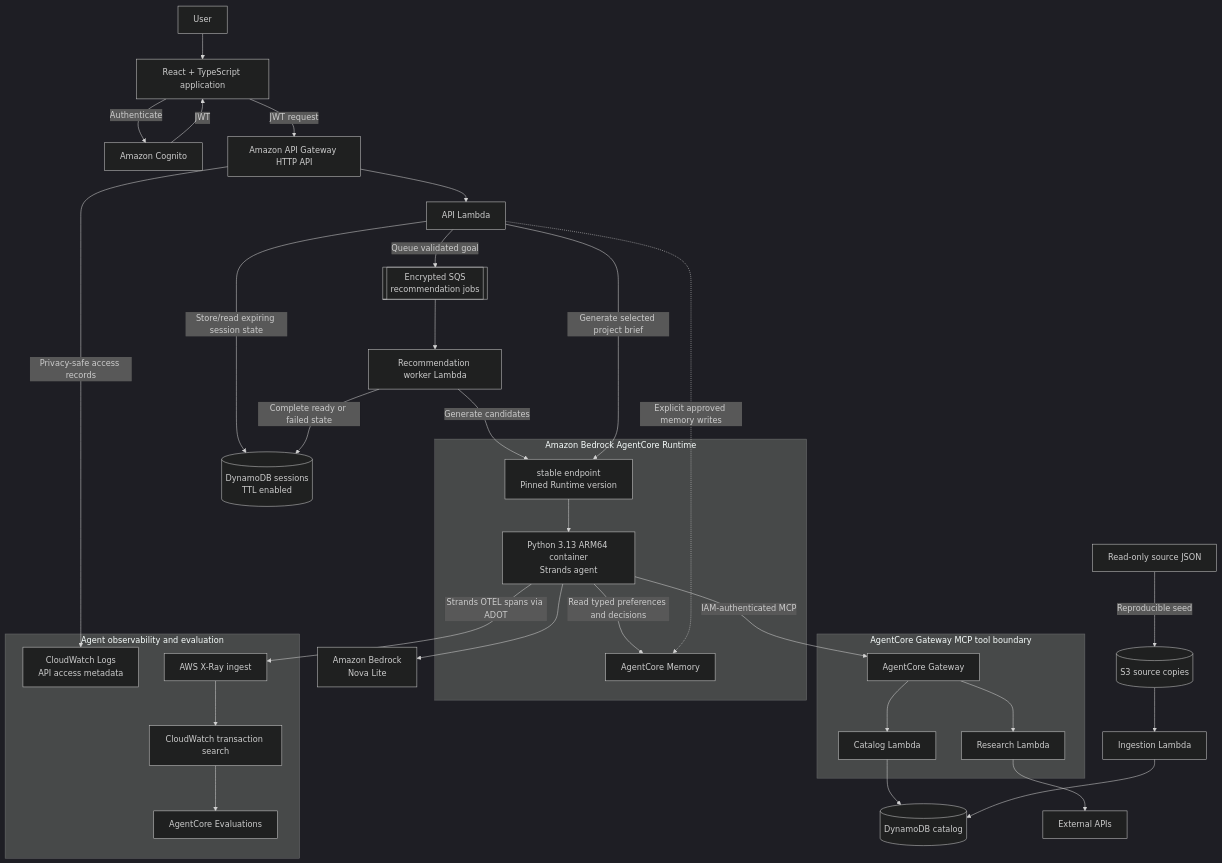
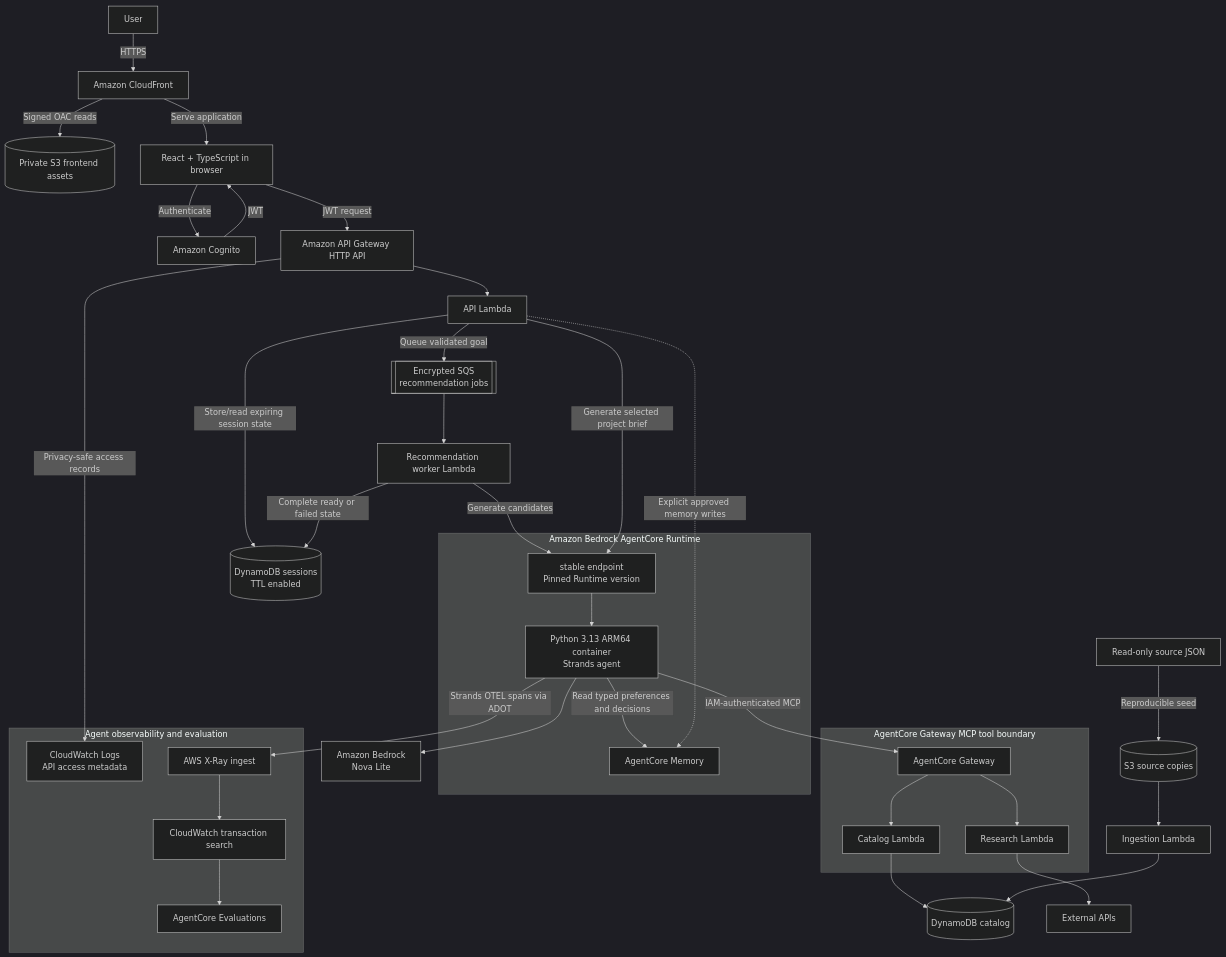
The diagram in README.md (barrettotte/praxis), drawn with Mermaid (dark theme) before and after one commit. The commit also changed 17 other files, not shown here.

Commit message:
deploy frontend through private CloudFront hosting

````diff
--- a/README.md
+++ b/README.md
@@ -9,52 +9,54 @@
 ```mermaid
 flowchart TD
-    user[User] --> ui[React + TypeScript application]
+    user[User] -->|HTTPS| edge[Amazon CloudFront]
+    edge -->|Signed OAC reads| frontendAssets[(Private S3 frontend assets)]
+    edge -->|Serve application| ui[React + TypeScript in browser]
     ui -->|Authenticate| cognito[Amazon Cognito]
     cognito -->|JWT| ui
     ui -->|JWT request| apiGateway[Amazon API Gateway HTTP API]
     apiGateway --> apiLambda[API Lambda]
     apiLambda -->|Store/read expiring session state| sessions[(DynamoDB sessions<br/>TTL enabled)]
     apiLambda -->|Queue validated goal| jobs[[Encrypted SQS<br/>recommendation jobs]]
     jobs --> worker[Recommendation worker Lambda]
     worker -->|Complete ready or failed state| sessions
 
     subgraph runtime[Amazon Bedrock AgentCore Runtime]
         runtimeEndpoint[stable endpoint<br/>Pinned Runtime version]
         agent[Python 3.13 ARM64 container<br/>Strands agent]
         memory[AgentCore Memory]
         runtimeEndpoint --> agent
         agent -->|Read typed preferences and decisions| memory
     end
 
     worker -->|Generate candidates| runtimeEndpoint
     apiLambda -->|Generate selected project brief| runtimeEndpoint
     apiLambda -.->|Explicit approved memory writes| memory
     agent --> bedrock[Amazon Bedrock<br/>Nova Lite]
 
     subgraph observability[Agent observability and evaluation]
         apiAccessLogs[CloudWatch Logs<br/>API access metadata]
         xray[AWS X-Ray ingest]
         cloudwatch[CloudWatch transaction search]
         evaluations[AgentCore Evaluations]
         xray --> cloudwatch --> evaluations
     end
 
     apiGateway -->|Privacy-safe access records| apiAccessLogs
     agent -->|Strands OTEL spans via ADOT| xray
 
     subgraph tools[AgentCore Gateway MCP tool boundary]
         gateway[AgentCore Gateway]
         catalogLambda[Catalog Lambda]
         researchLambda[Research Lambda]
         gateway --> catalogLambda
         gateway --> researchLambda
     end
 
     agent -->|IAM-authenticated MCP| gateway
     catalogLambda --> catalog[(DynamoDB catalog)]
     researchLambda --> external[External APIs]
 
     sources[Read-only source JSON] -->|Reproducible seed| sourceBucket[(S3 source copies)]
     sourceBucket --> ingestion[Ingestion Lambda]
     ingestion --> catalog
 ```
````
